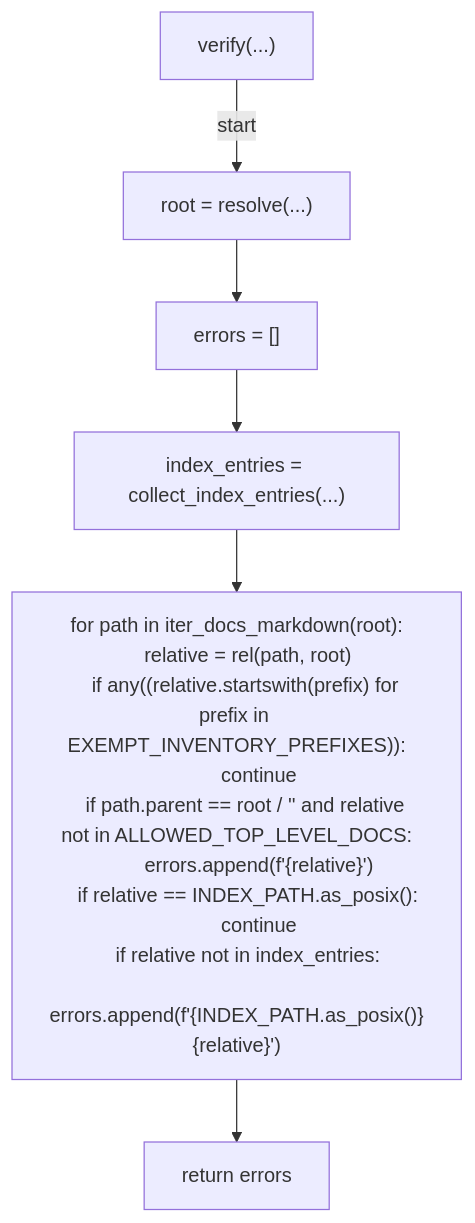
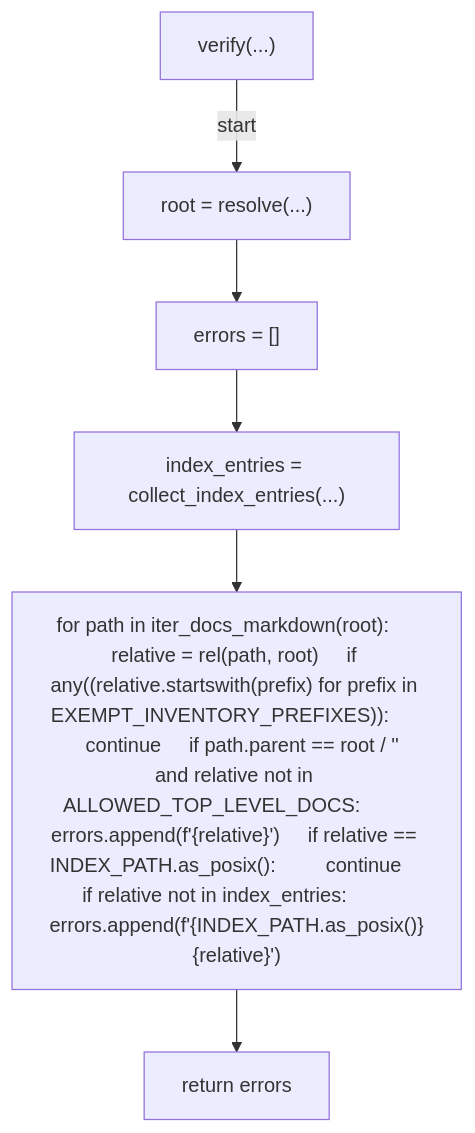
Before and after one commit to tvna/claude-md: the fifth of 6 diagrams in docs/generated/scripts/ast/scan_docs_inventory.md, drawn with Mermaid. The commit also changed other lines of this file and 29 other files, not shown here.

First line of the commit message:
docs(generated): regenerate decision tree and workflow diagrams (batch 3/5)

````diff
--- a/docs/generated/scripts/ast/scan_docs_inventory.md
+++ b/docs/generated/scripts/ast/scan_docs_inventory.md
@@ -91,23 +77,14 @@
 ```mermaid
 flowchart TD
     N001["verify(...)"]
     N002["root = resolve(...)"]
     N003["errors = []"]
     N004["index_entries = collect_index_entries(...)"]
-    N005["for path in iter_docs_markdown(root):
-    relative = rel(path, root)
-    if any((relative.startswith(prefix) for prefix in EXEMPT_INVENTORY_PREFIXES)):
-        continue
-    if path.parent == root / '<str>' and relative not in ALLOWED_TOP_LEVEL_DOCS:
-        errors.append(f'<str>{relative}<str>')
-    if relative == INDEX_PATH.as_posix():
-        continue
-    if relative not in index_entries:
-        errors.append(f'<str>{INDEX_PATH.as_posix()}<str>{relative}')"]
+    N005["for path in iter_docs_markdown(root):     relative = rel(path, root)     if any((relative.startswith(prefix) for prefix in EXEMPT_INVENTORY_PREFIXES)):         continue     if path.parent == root / '<str>' and relative not in ALLOWED_TOP_LEVEL_DOCS:         errors.append(f'<str>{relative}<str>')     if relative == INDEX_PATH.as_posix():         continue     if relative not in index_entries:         errors.append(f'<str>{INDEX_PATH.as_posix()}<str>{relative}')"]
     N006["return errors"]
     N001 -->|"start"| N002
     N002 --> N003
     N003 --> N004
     N004 --> N005
     N005 --> N006
 ```
````
